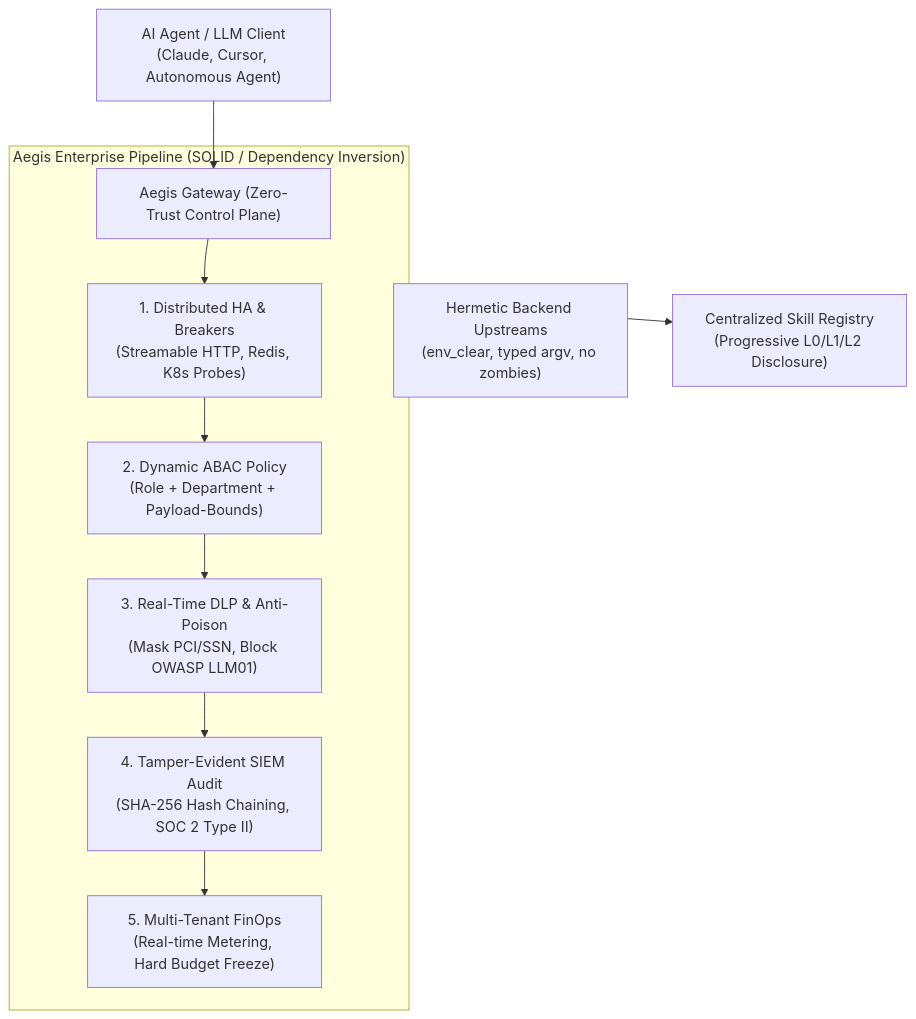
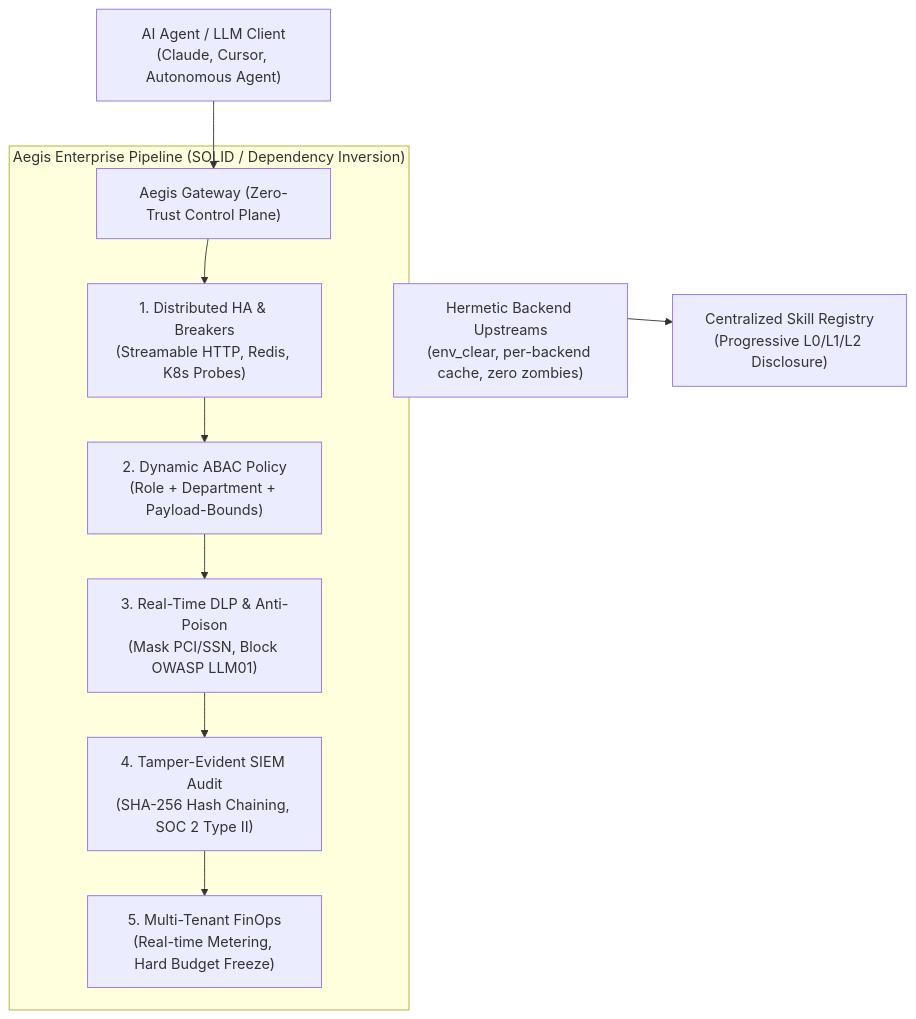
One commit to ihkaru/aegis-gateway changed the diagram in README.md. Above: the diagram before and after it, drawn with Mermaid. The commit also changed other lines of this file and 18 other files, not shown here.

````diff
--- a/README.md
+++ b/README.md
@@ -19,15 +19,15 @@
 ```mermaid
 flowchart TD
     Client["AI Agent / LLM Client<br/>(Claude, Cursor, Autonomous Agent)"] --> GW["Aegis Gateway (Zero-Trust Control Plane)"]
     
     subgraph Core["Aegis Enterprise Pipeline (SOLID / Dependency Inversion)"]
         GW --> P1["1. Distributed HA & Breakers<br/>(Streamable HTTP, Redis, K8s Probes)"]
         P1 --> P2["2. Dynamic ABAC Policy<br/>(Role + Department + Payload-Bounds)"]
         P2 --> P3["3. Real-Time DLP & Anti-Poison<br/>(Mask PCI/SSN, Block OWASP LLM01)"]
         P3 --> P4["4. Tamper-Evident SIEM Audit<br/>(SHA-256 Hash Chaining, SOC 2 Type II)"]
         P4 --> P5["5. Multi-Tenant FinOps<br/>(Real-time Metering, Hard Budget Freeze)"]
     end
     
-    Core --> Tools["Hermetic Backend Upstreams<br/>(env_clear, typed argv, no zombies)"]
+    Core --> Tools["Hermetic Backend Upstreams<br/>(env_clear, per-backend cache, zero zombies)"]
     Core --> Skills["Centralized Skill Registry<br/>(Progressive L0/L1/L2 Disclosure)"]
 ```
````
